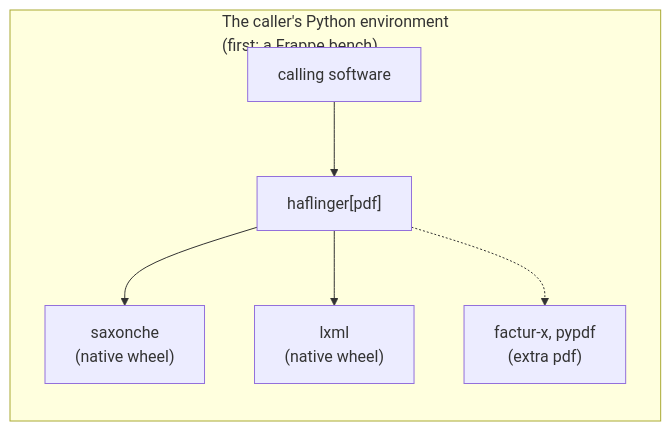
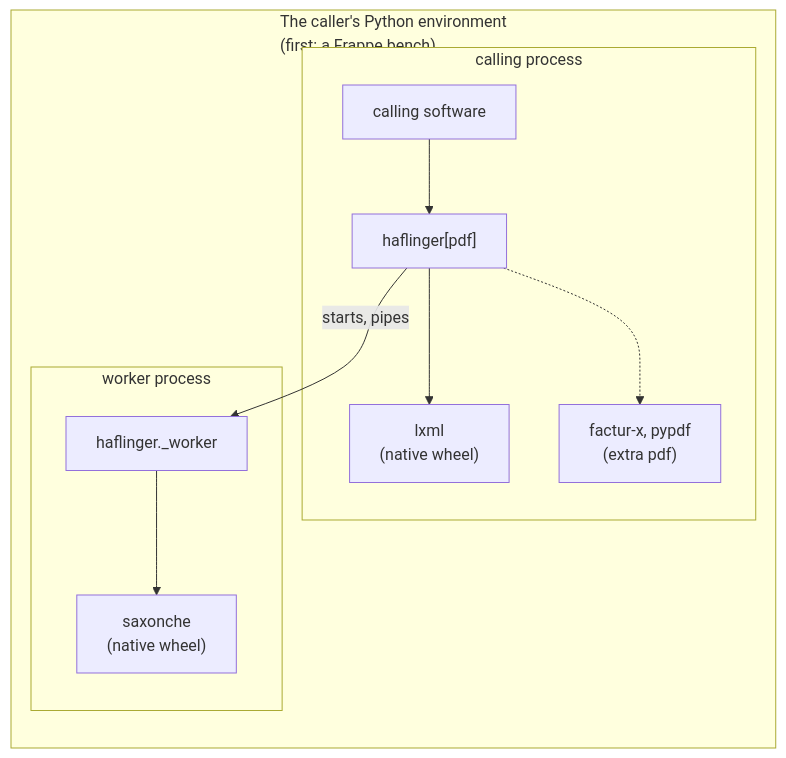
Before and after one commit to Interlusion/haflinger: the fifth of 5 diagrams in docs/arc42/README.md, drawn with Mermaid. The commit also changed other lines of this file and 7 other files, not shown here.

First line of the commit message:
docs: the worker process in arc42, README and backlog; ITEM-007 done

````diff
--- a/docs/arc42/README.md
+++ b/docs/arc42/README.md
@@ -205,13 +208,19 @@
 ```mermaid
 flowchart LR
     subgraph env["The caller's Python environment<br/>(first: a Frappe bench)"]
-        caller["calling software"]
-        lib["haflinger[pdf]"]
-        saxon["saxonche<br/>(native wheel)"]
-        lxml["lxml<br/>(native wheel)"]
-        facturx["factur-x, pypdf<br/>(extra pdf)"]
+        subgraph proc["calling process"]
+            caller["calling software"]
+            lib["haflinger[pdf]"]
+            lxml["lxml<br/>(native wheel)"]
+            facturx["factur-x, pypdf<br/>(extra pdf)"]
+        end
+        subgraph wproc["worker process"]
+            worker["haflinger._worker"]
+            saxon["saxonche<br/>(native wheel)"]
+        end
     end
-    caller --> lib --> saxon
+    caller --> lib
     lib --> lxml
     lib -.-> facturx
+    lib -- "starts, pipes" --> worker --> saxon
 ```
````
